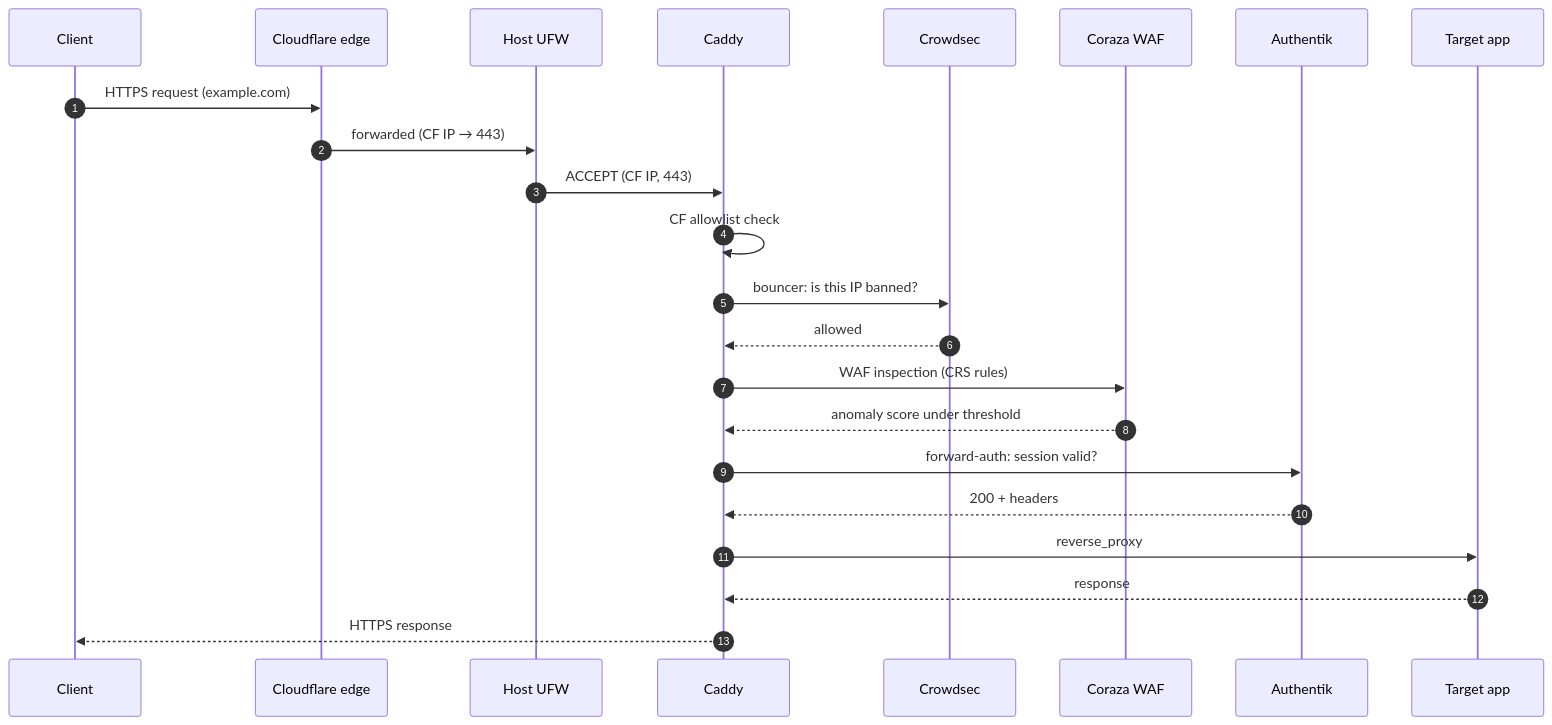
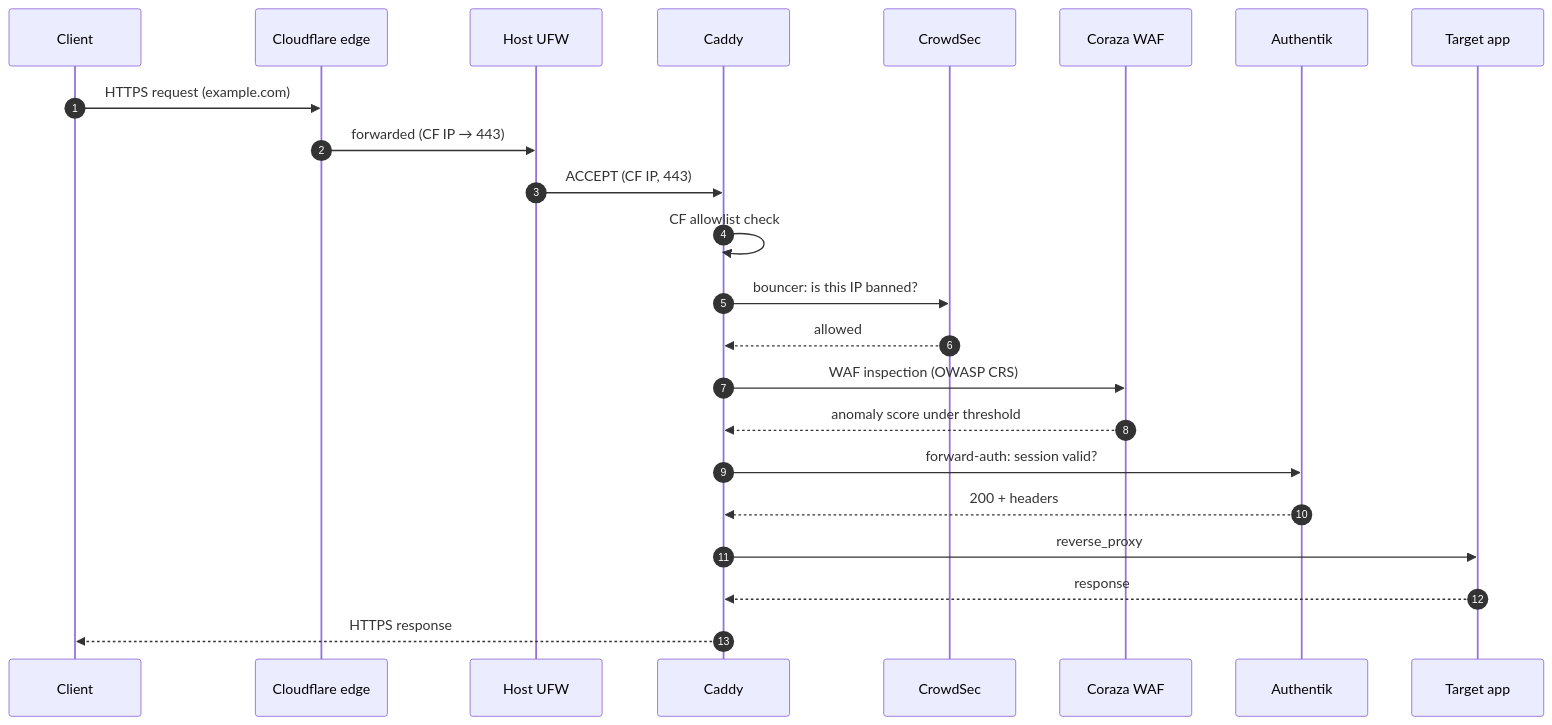
One commit to secopdotdev/OpeNirvana changed the second of 5 diagrams in README.md. Above: the diagram before and after it, drawn with Mermaid. The commit also changed other lines of this file and 70 other files, not shown here.

````diff
--- a/README.md
+++ b/README.md
@@ -100,25 +466,25 @@
 ```mermaid
 sequenceDiagram
     autonumber
     participant C as Client
     participant CF as Cloudflare edge
     participant UFW as Host UFW
     participant CAD as Caddy
-    participant CS as Crowdsec
+    participant CS as CrowdSec
     participant CRZ as Coraza WAF
     participant AK as Authentik
     participant APP as Target app
     C->>CF: HTTPS request (example.com)
     CF->>UFW: forwarded (CF IP → 443)
     UFW->>CAD: ACCEPT (CF IP, 443)
     CAD->>CAD: CF allowlist check
     CAD->>CS: bouncer: is this IP banned?
     CS-->>CAD: allowed
-    CAD->>CRZ: WAF inspection (CRS rules)
+    CAD->>CRZ: WAF inspection (OWASP CRS)
     CRZ-->>CAD: anomaly score under threshold
     CAD->>AK: forward-auth: session valid?
     AK-->>CAD: 200 + headers
     CAD->>APP: reverse_proxy
     APP-->>CAD: response
     CAD-->>C: HTTPS response
 ```
````
